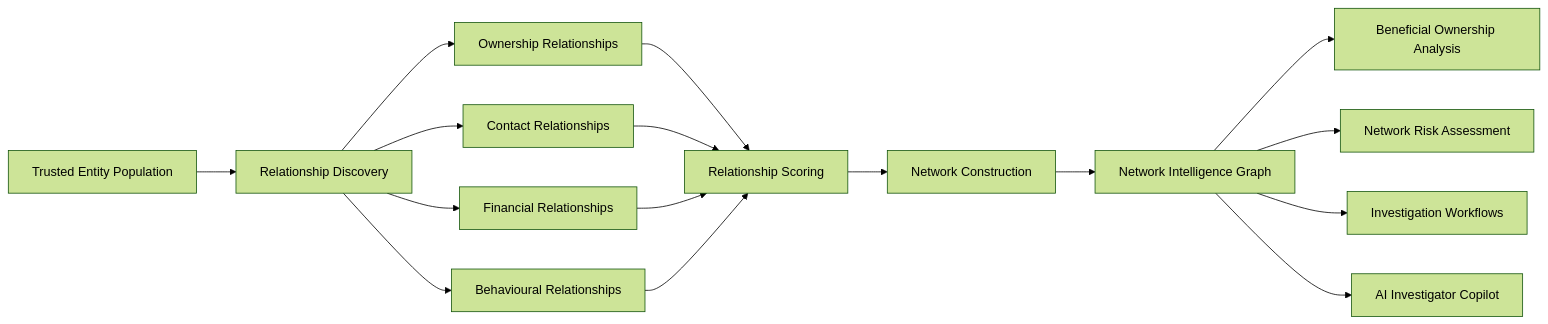
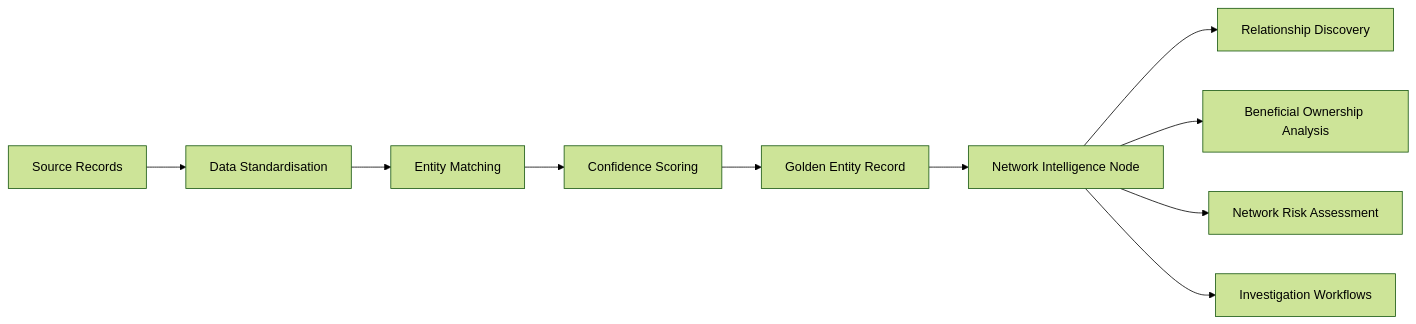
One commit to dhartwig-fc/01-fc-financial-crime-analytics-showcase changed the diagram in 01-network-intelligence/01-entity-resolution/README.md. Above: the diagram before and after it, drawn with Mermaid (forest theme). The commit also changed other lines of this file, not shown here.

````diff
--- a/01-network-intelligence/01-entity-resolution/README.md
+++ b/01-network-intelligence/01-entity-resolution/README.md
@@ -239,24 +107,14 @@
 ```mermaid
 flowchart LR
 
-A[Trusted Entity Population] --> B[Relationship Discovery]
+A[Source Records] --> B[Data Standardisation]
+B --> C[Entity Matching]
+C --> D[Confidence Scoring]
+D --> E[Golden Entity Record]
+E --> F[Network Intelligence Node]
 
-B --> C1[Ownership Relationships]
-B --> C2[Contact Relationships]
-B --> C3[Financial Relationships]
-B --> C4[Behavioural Relationships]
-
-C1 --> D[Relationship Scoring]
-C2 --> D
-C3 --> D
-C4 --> D
-
-D --> E[Network Construction]
-
-E --> F[Network Intelligence Graph]
-
-F --> G1[Beneficial Ownership Analysis]
-F --> G2[Network Risk Assessment]
-F --> G3[Investigation Workflows]
-F --> G4[AI Investigator Copilot]
+F --> G[Relationship Discovery]
+F --> H[Beneficial Ownership Analysis]
+F --> I[Network Risk Assessment]
+F --> J[Investigation Workflows]
 ```
````
